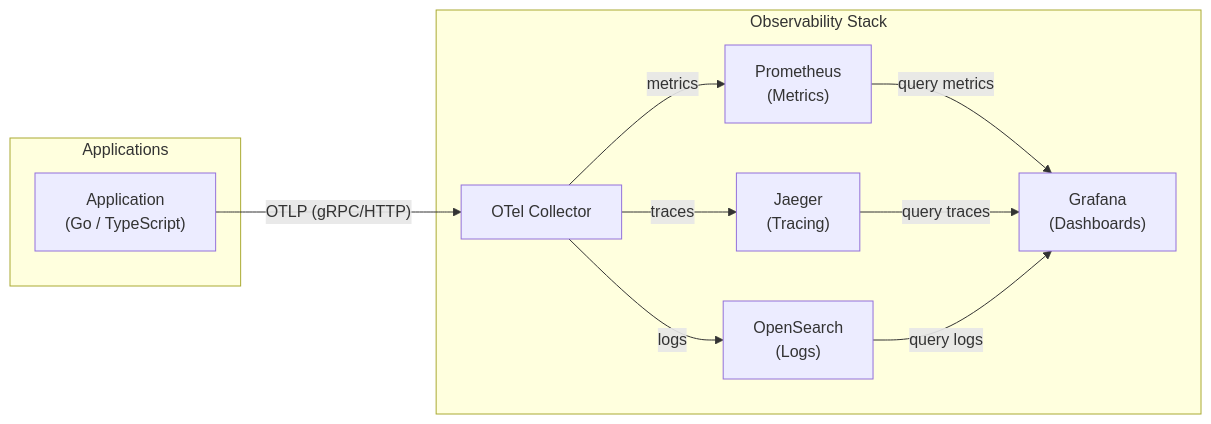
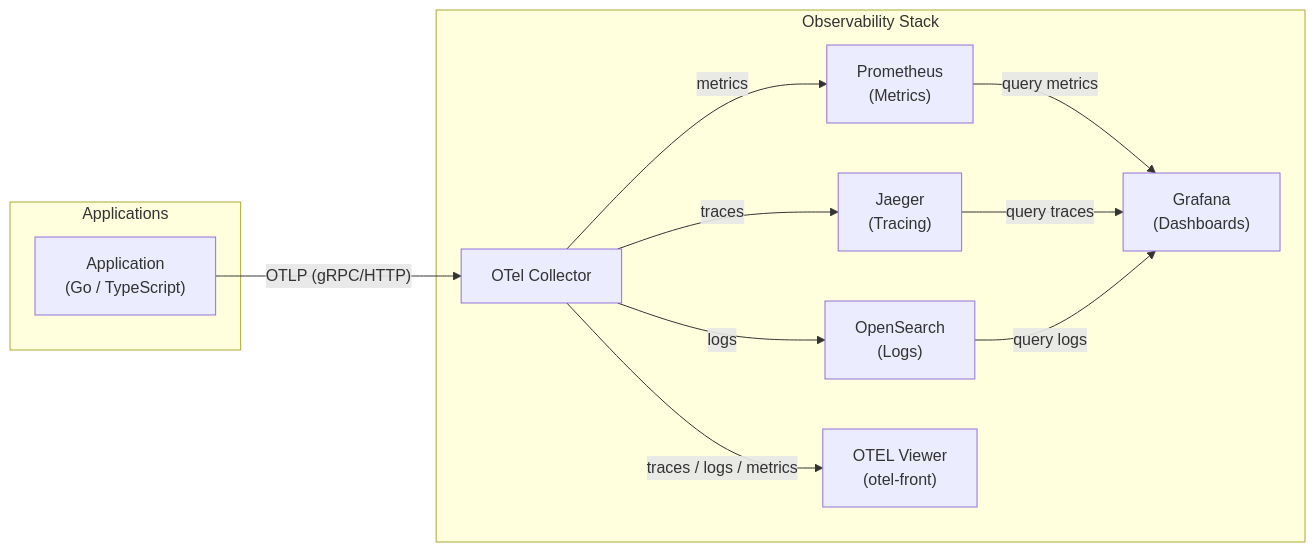
One commit to filipe1309/o11y-otel-infra changed the diagram in README.md. Above: the diagram before and after it, drawn with Mermaid. The commit also changed other lines of this file and 3 other files, not shown here.

Commit message:
feat: add OTEL Viewer service and update configurations for observability stack

````diff
--- a/README.md
+++ b/README.md
@@ -199,22 +212,24 @@
 ```mermaid
 graph LR
     subgraph Applications
         App["Application\n(Go / TypeScript)"]
     end
 
     subgraph Observability Stack
         OtelCol["OTel Collector"]
         Jaeger["Jaeger\n(Tracing)"]
         Prometheus["Prometheus\n(Metrics)"]
         OpenSearch["OpenSearch\n(Logs)"]
         Grafana["Grafana\n(Dashboards)"]
+        OtelViewer["OTEL Viewer\n(otel-front)"]
     end
 
     App -- "OTLP (gRPC/HTTP)" --> OtelCol
     OtelCol -- "traces" --> Jaeger
     OtelCol -- "metrics" --> Prometheus
     OtelCol -- "logs" --> OpenSearch
+    OtelCol -- "traces / logs / metrics" --> OtelViewer
     Prometheus -- "query metrics" --> Grafana
     Jaeger -- "query traces" --> Grafana
     OpenSearch -- "query logs" --> Grafana
 ```
````
